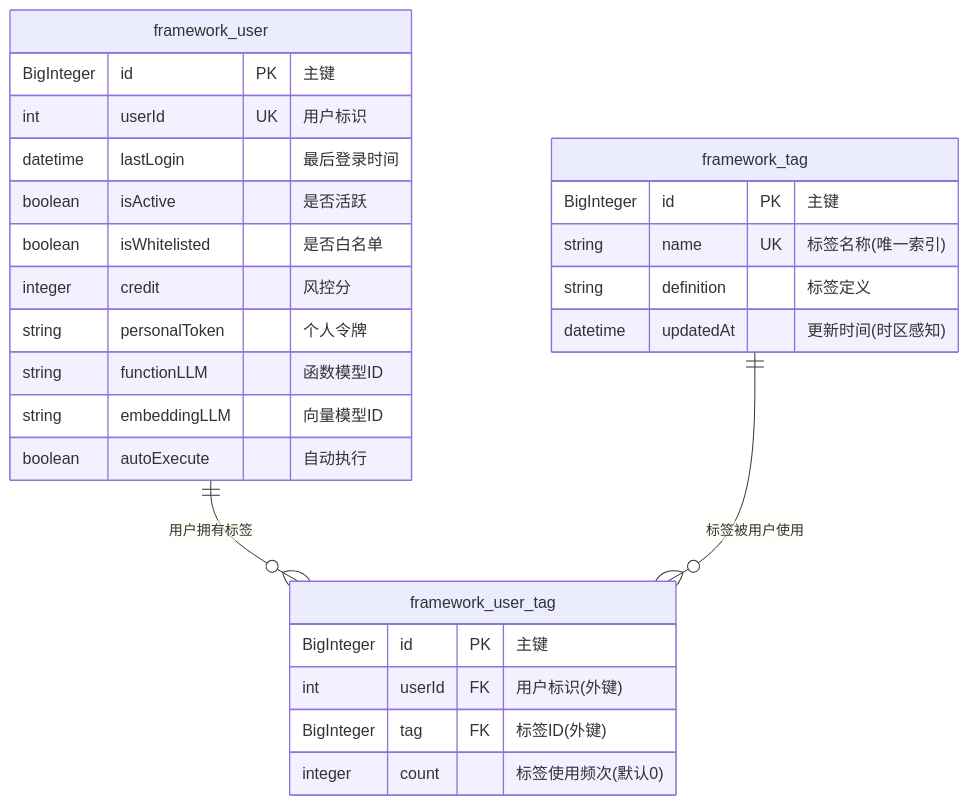
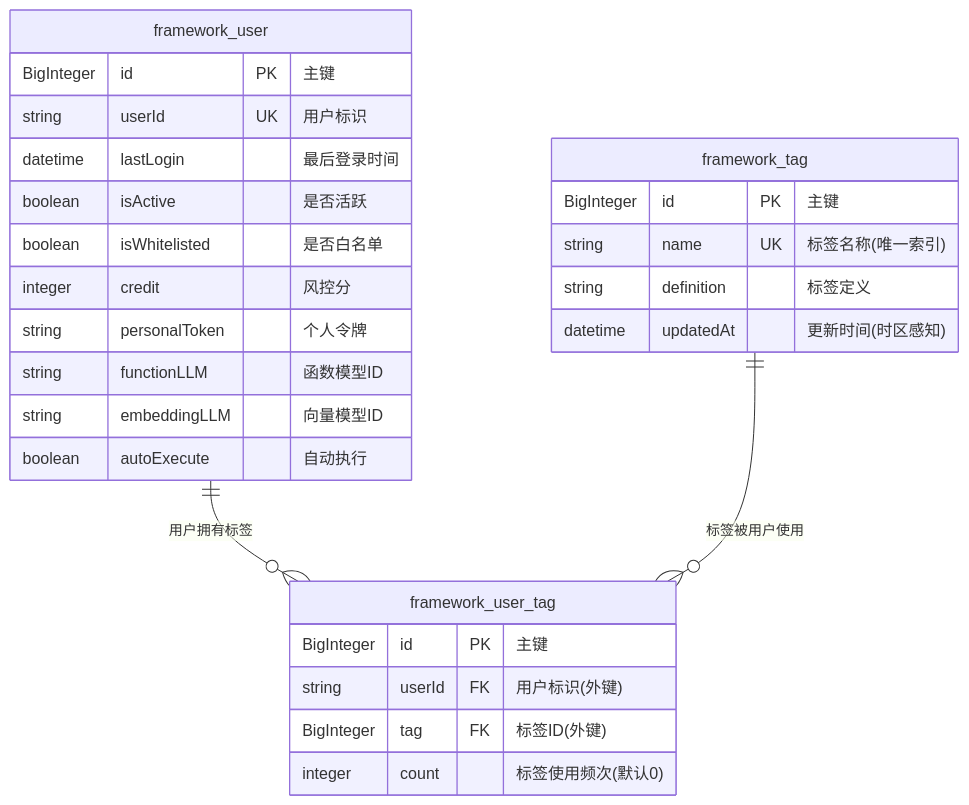
The first of 4 diagrams in design/services/tag.md (openeuler-mirror/euler-copilot-framework), drawn with Mermaid before and after one commit. The commit also changed 18 other files, not shown here.

````diff
--- a/design/services/tag.md
+++ b/design/services/tag.md
@@ -16,32 +16,32 @@
 ```mermaid
 erDiagram
     framework_user ||--o{ framework_user_tag : "用户拥有标签"
     framework_tag ||--o{ framework_user_tag : "标签被用户使用"
     
     framework_user {
         BigInteger id PK "主键"
-        int userId UK "用户标识"
+        string userId UK "用户标识"
         datetime lastLogin "最后登录时间"
         boolean isActive "是否活跃"
         boolean isWhitelisted "是否白名单"
         integer credit "风控分"
         string personalToken "个人令牌"
         string functionLLM "函数模型ID"
         string embeddingLLM "向量模型ID"
         boolean autoExecute "自动执行"
     }
     
     framework_tag {
         BigInteger id PK "主键"
         string name UK "标签名称(唯一索引)"
         string definition "标签定义"
         datetime updatedAt "更新时间(时区感知)"
     }
     
     framework_user_tag {
         BigInteger id PK "主键"
-        int userId FK "用户标识(外键)"
+        string userId FK "用户标识(外键)"
         BigInteger tag FK "标签ID(外键)"
         integer count "标签使用频次(默认0)"
     }
 ```
````
